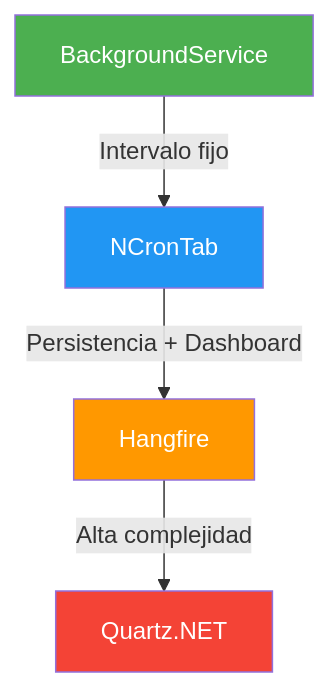
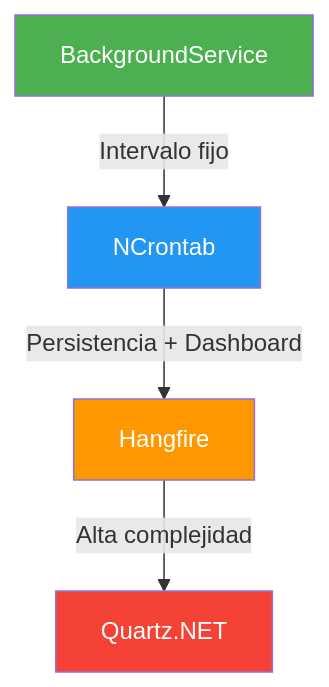
The second of 4 diagrams in 22-tareas-programadas.md (joseluisgs/DesarrolloWebEntornosServidor-02-2026-2027), drawn with Mermaid before and after one commit. The commit also changed other lines of this file and 33 other files, not shown here.

````diff
--- a/22-tareas-programadas.md
+++ b/22-tareas-programadas.md
@@ -94,10 +106,10 @@
 ```mermaid
 flowchart TB
-    BS["BackgroundService"] -->|"Intervalo fijo"| NC["NCronTab"]
+    BS["BackgroundService"] -->|"Intervalo fijo"| NC["NCrontab"]
     NC -->|"Persistencia + Dashboard"| HB["Hangfire"]
     HB -->|"Alta complejidad"| QZ["Quartz.NET"]
     style BS fill:#4CAF50,color:#fff
     style NC fill:#2196F3,color:#fff
     style HB fill:#FF9800,color:#fff
     style QZ fill:#f44336,color:#fff
 ```
````
